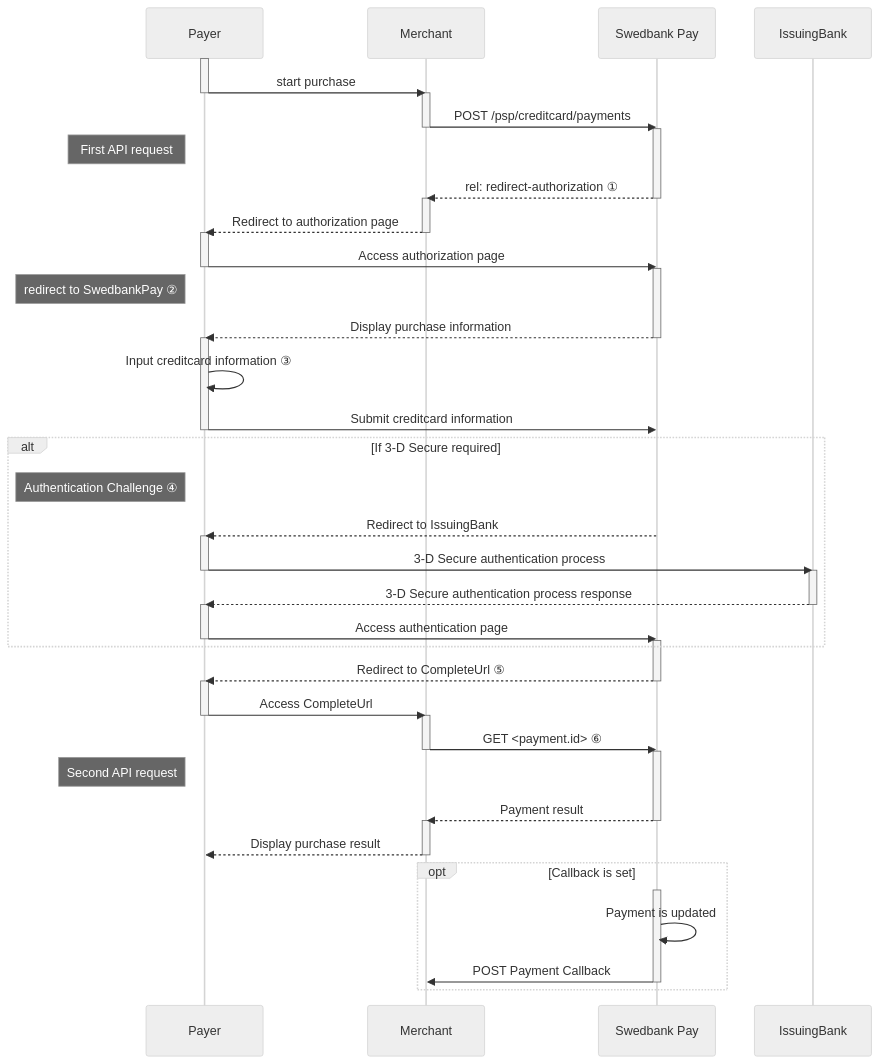
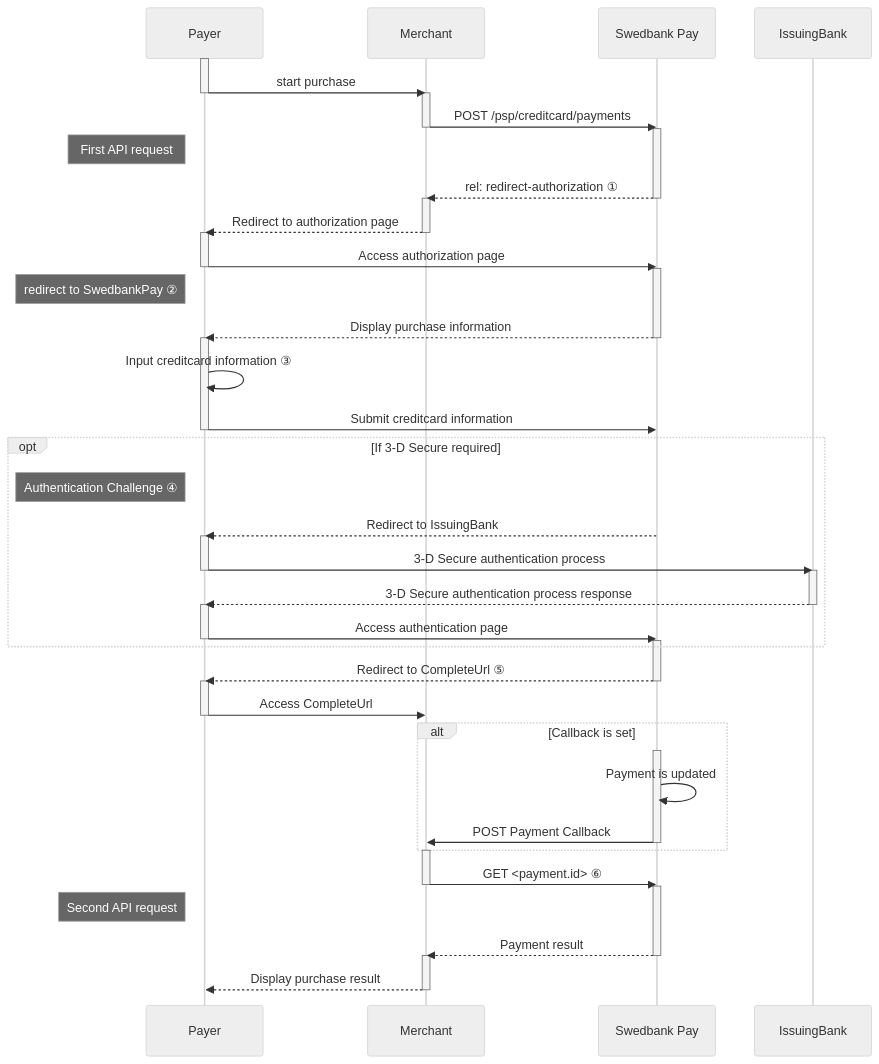
One commit to SwedbankPay/developer.swedbankpay.com changed the diagram in payments/card/redirect.md. Above: the diagram before and after it, drawn with Mermaid (neutral theme). The commit also changed 2 other files, not shown here.

Commit message:
dx-986 corrected redirect and seamless view card and alert in description.md

````diff
--- a/payments/card/redirect.md
+++ b/payments/card/redirect.md
@@ -83,53 +83,54 @@
 ```mermaid
 sequenceDiagram
     participant Payer
     participant Merchant
     participant SwedbankPay as Swedbank Pay
 
     activate Payer
     Payer->>-Merchant: start purchase
     activate Merchant
     Merchant->>-SwedbankPay: POST /psp/creditcard/payments
     activate SwedbankPay
     note left of Payer: First API request
     SwedbankPay-->>-Merchant: rel: redirect-authorization ①
     activate Merchant
     Merchant-->>-Payer: Redirect to authorization page
     activate Payer
     Payer->>-SwedbankPay: Access authorization page
     activate SwedbankPay
     note left of Payer: redirect to SwedbankPay ②
     SwedbankPay-->>-Payer: Display purchase information
     activate Payer
     Payer->>Payer: Input creditcard information ③
     Payer->>-SwedbankPay: Submit creditcard information
 
-        alt If 3-D Secure required
+        opt If 3-D Secure required
         note left of Payer: Authentication Challenge ④
         SwedbankPay-->>Payer: Redirect to IssuingBank
         activate Payer
         Payer->>-IssuingBank: 3-D Secure authentication process
         activate IssuingBank
         IssuingBank-->>-Payer: 3-D Secure authentication process response
         activate Payer
         Payer->>-SwedbankPay: Access authentication page
         activate SwedbankPay
         end
 
     SwedbankPay-->>-Payer: Redirect to CompleteUrl ⑤
     activate Payer
     Payer->>-Merchant: Access CompleteUrl
+
+        alt Callback is set
+        activate SwedbankPay
+        SwedbankPay->>SwedbankPay: Payment is updated
+        SwedbankPay->>-Merchant: POST Payment Callback
+        end
+
     activate Merchant
     Merchant->>-SwedbankPay: GET <payment.id> ⑥
     activate SwedbankPay
     note left of Payer: Second API request
     SwedbankPay-->>-Merchant: Payment result
     activate Merchant
     Merchant-->>-Payer: Display purchase result
-
-        opt Callback is set
-        activate SwedbankPay
-        SwedbankPay->>SwedbankPay: Payment is updated
-        SwedbankPay->>-Merchant: POST Payment Callback
-        end
 ```
````
